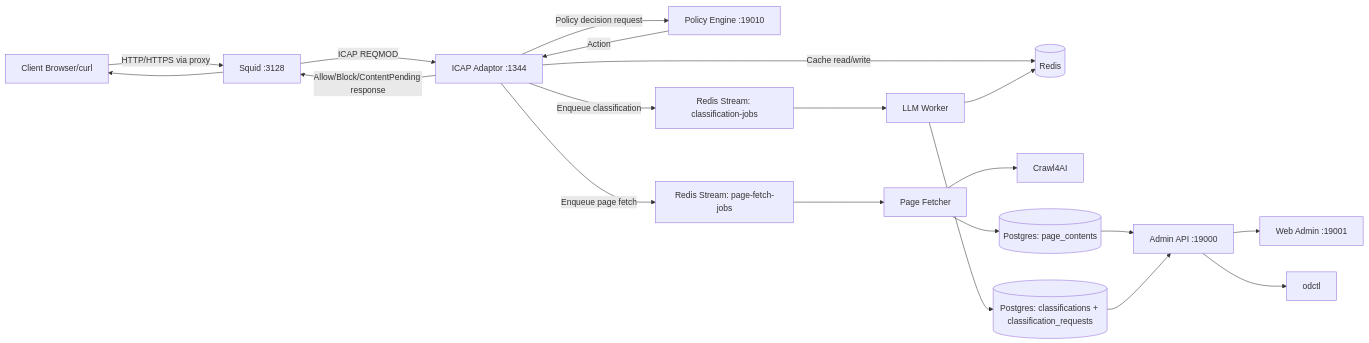
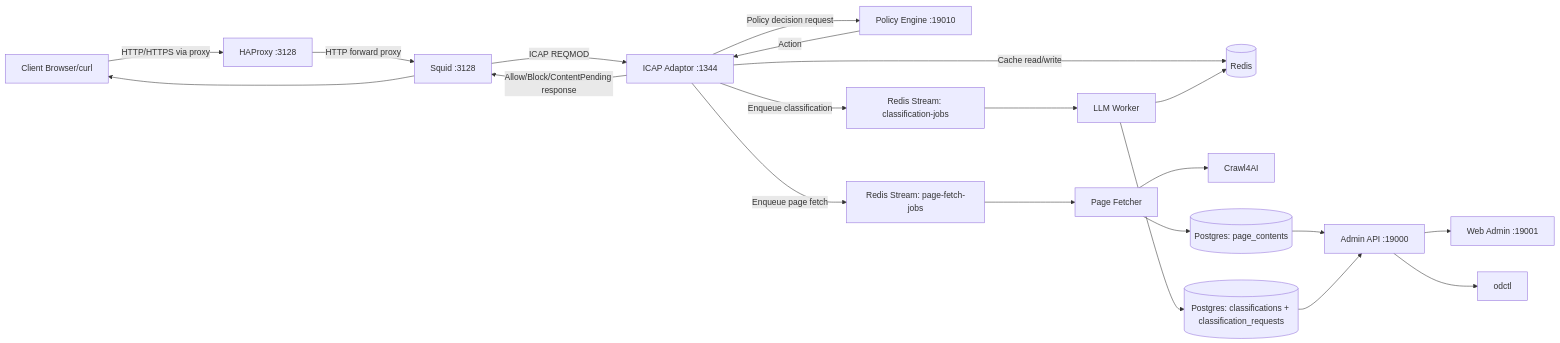
The diagram in docs/fast-testing-deployment.md (trex-fze/open-defender-icap), drawn with Mermaid before and after one commit. The commit also changed other lines of this file and 15 other files, not shown here.

First line of the commit message:
feat(proxy): enforce trusted header-overwrite client IP resolution

````diff
--- a/docs/fast-testing-deployment.md
+++ b/docs/fast-testing-deployment.md
@@ -51,26 +52,27 @@
 ```mermaid
 flowchart LR
-    U[Client Browser/curl] -->|HTTP/HTTPS via proxy| SQ[Squid :3128]
+    U[Client Browser/curl] -->|HTTP/HTTPS via proxy| HA[HAProxy :3128]
+    HA -->|HTTP forward proxy| SQ[Squid :3128]
     SQ -->|ICAP REQMOD| ICAP[ICAP Adaptor :1344]
     ICAP -->|Policy decision request| PE[Policy Engine :19010]
     PE -->|Action| ICAP
 
     ICAP -->|Cache read/write| R[(Redis)]
     ICAP -->|Enqueue classification| CS[Redis Stream: classification-jobs]
     ICAP -->|Enqueue page fetch| PS[Redis Stream: page-fetch-jobs]
 
     CS --> LLW[LLM Worker]
     PS --> PF[Page Fetcher]
     PF --> C4[Crawl4AI]
     PF --> PG1[(Postgres: page_contents)]
 
     LLW --> PG2[(Postgres: classifications + classification_requests)]
     LLW --> R
 
     PG1 --> API[Admin API :19000]
     PG2 --> API
     API --> UI[Web Admin :19001]
     API --> CLI[odctl]
 
     ICAP -->|Allow/Block/ContentPending response| SQ --> U
 ```
````
